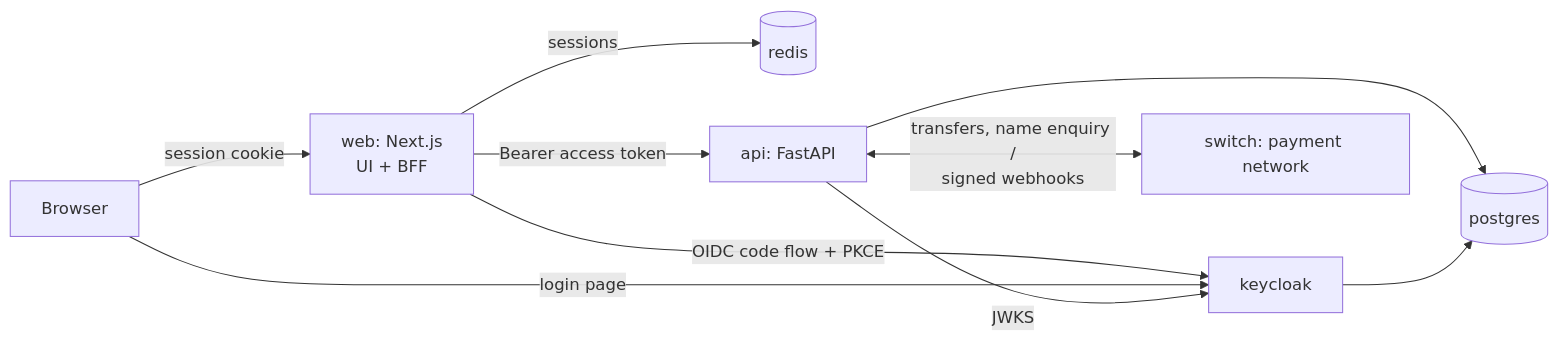
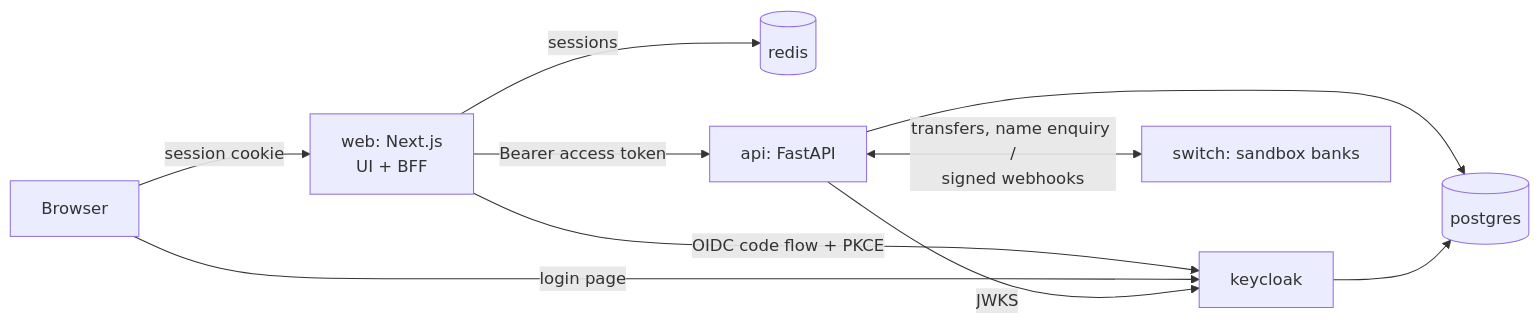
The diagram in README.md (DAMILARE1012/agent-purchase), drawn with Mermaid before and after one commit. The commit also changed other lines of this file and 157 other files, not shown here.

````diff
--- a/README.md
+++ b/README.md
@@ -82,12 +68,12 @@
 ```mermaid
 flowchart LR
   B[Browser] -->|session cookie| W[web: Next.js<br/>UI + BFF]
   W -->|OIDC code flow + PKCE| K[keycloak]
   B -->|login page| K
   W -->|sessions| R[(redis)]
   W -->|Bearer access token| A[api: FastAPI]
   A -->|JWKS| K
-  A <-->|transfers, name enquiry /<br/>signed webhooks| S[switch: payment network]
+  A <-->|transfers, name enquiry /<br/>signed webhooks| S[switch: sandbox banks]
   A --> P[(postgres)]
   K --> P
 ```
````
